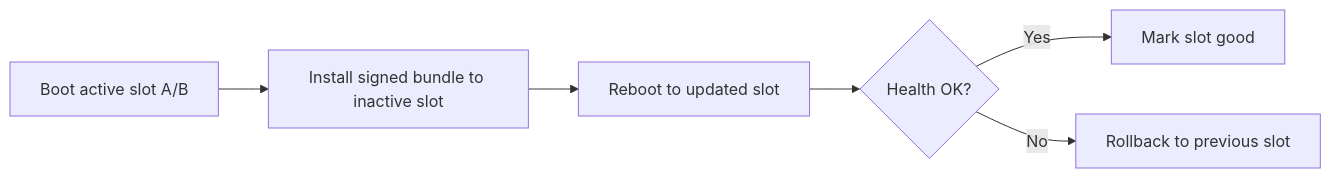
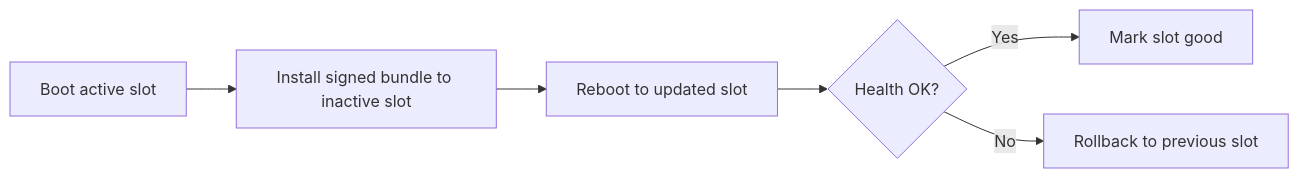
The first of 2 diagrams in docs/OTA_UPDATE.md (umair-as/rpi5-iot-gateway), drawn with Mermaid before and after one commit. The commit also changed other lines of this file and 6 other files, not shown here.

````diff
--- a/docs/OTA_UPDATE.md
+++ b/docs/OTA_UPDATE.md
@@ -28,8 +26,8 @@
 ```mermaid
 graph LR
-    A[Boot active slot A/B] --> I[Install signed bundle to inactive slot]
+    A[Boot active slot] --> I[Install signed bundle to inactive slot]
     I --> R[Reboot to updated slot]
     R --> H{Health OK?}
     H -->|Yes| G[Mark slot good]
     H -->|No| RB[Rollback to previous slot]
 ```
````
